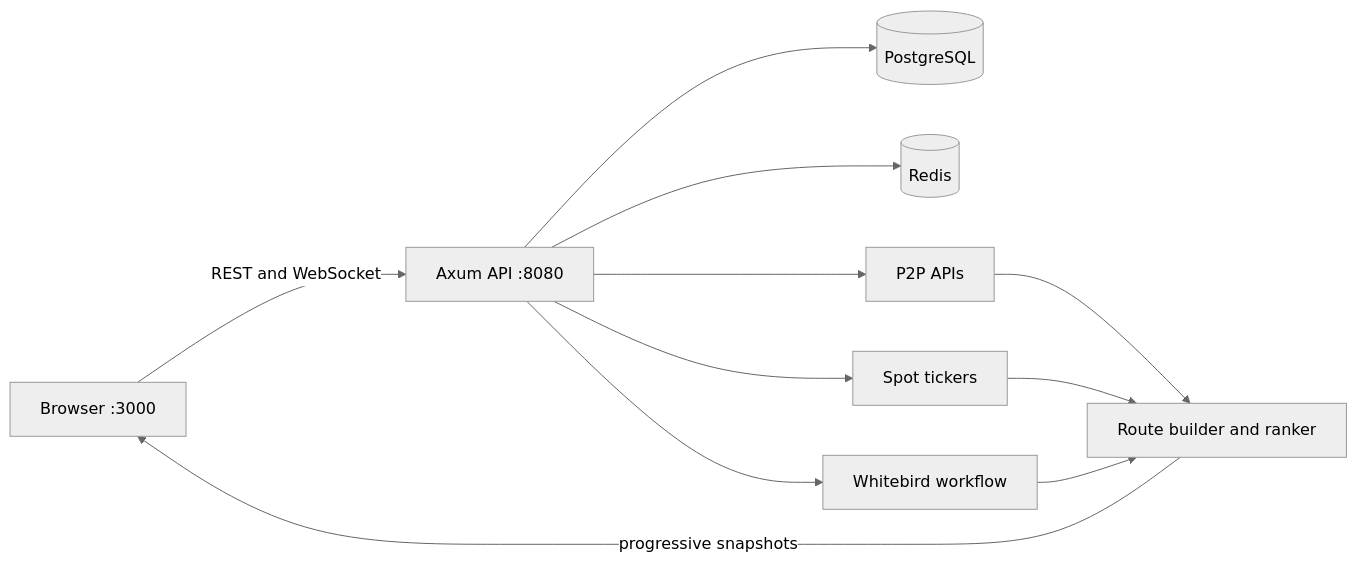
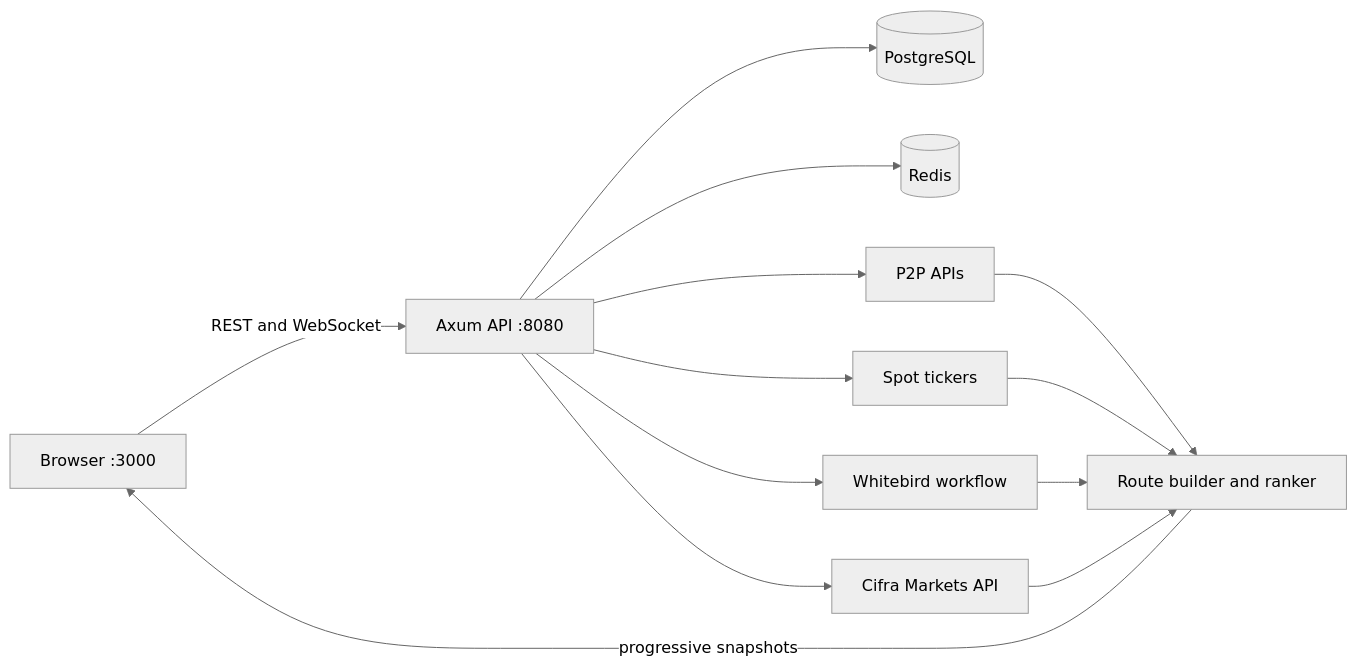
One commit to Flow3Pay/pay3flow changed the diagram in README.md. Above: the diagram before and after it, drawn with Mermaid (neutral theme). The commit also changed other lines of this file and 12 other files, not shown here.

Commit message:
Integrate Cifra Markets provider

````diff
--- a/README.md
+++ b/README.md
@@ -40,13 +40,15 @@
 ```mermaid
 flowchart LR
     browser[Browser :3000] -->|REST and WebSocket| api[Axum API :8080]
     api --> postgres[(PostgreSQL)]
     api --> redis[(Redis)]
     api --> p2p[P2P APIs]
     api --> spot[Spot tickers]
     api --> whitebird[Whitebird workflow]
+    api --> cifra[Cifra Markets API]
     p2p --> ranker[Route builder and ranker]
     spot --> ranker
     whitebird --> ranker
+    cifra --> ranker
     ranker -->|progressive snapshots| browser
 ```
````
